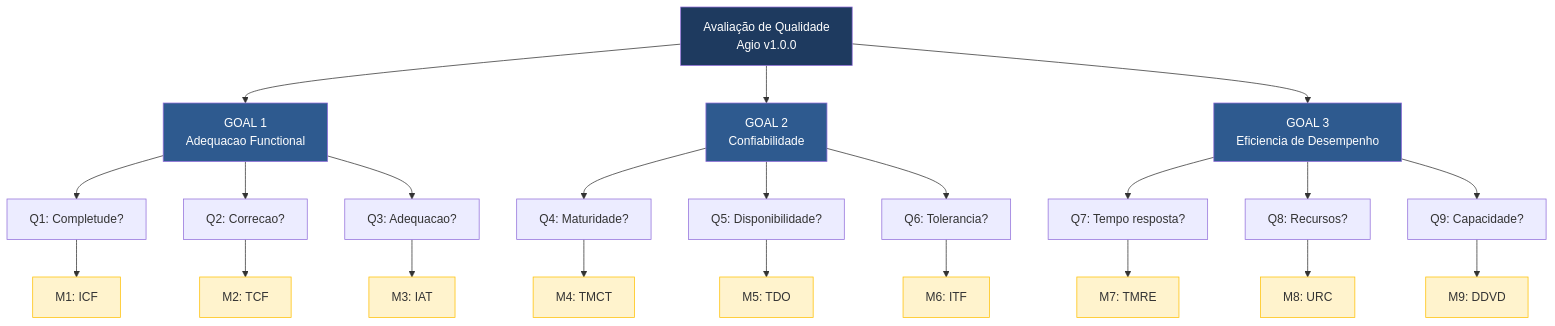
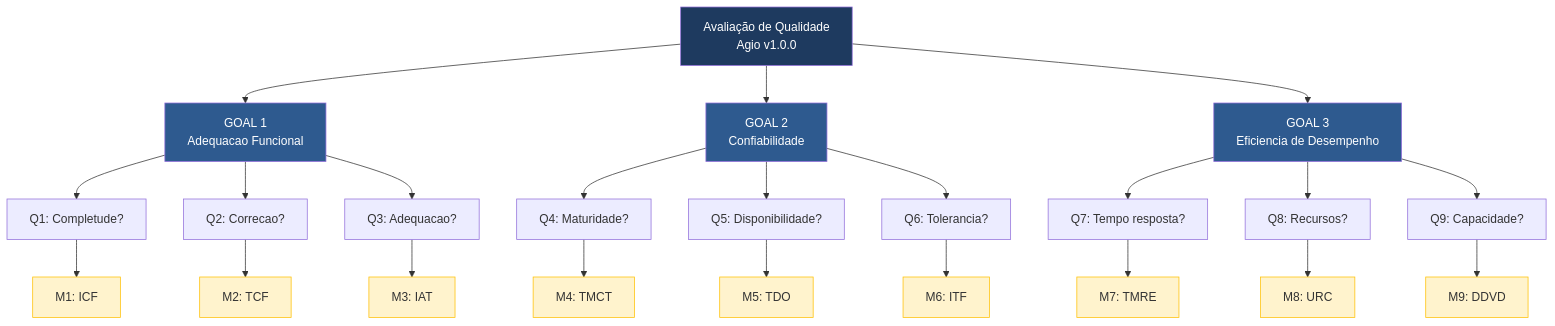
One commit to FCTE-Qualidade-de-Software-1/2026-1_T01_FRANS_BILAS changed the diagram in docs/fase2/resumo_metricas.md. Above: the diagram before and after it, drawn with Mermaid. The commit also changed other lines of this file, not shown here.

````diff
--- a/docs/fase2/resumo_metricas.md
+++ b/docs/fase2/resumo_metricas.md
@@ -21,43 +21,43 @@
 ```mermaid
 graph TD
     AGIO["Avaliação de Qualidade<br>Agio v1.0.0"]
 
-    AGIO --> G1["GOAL 1<br>Adequacao Functional"]
+    AGIO --> G1["GOAL 1<br>Adequacao Funcional"]
     AGIO --> G2["GOAL 2<br>Confiabilidade"]
     AGIO --> G3["GOAL 3<br>Eficiencia de Desempenho"]
 
     G1 --> Q1["Q1: Completude?"]
     G1 --> Q2["Q2: Correcao?"]
     G1 --> Q3["Q3: Adequacao?"]
     Q1 --> M1["M1: ICF"]
     Q2 --> M2["M2: TCF"]
     Q3 --> M3["M3: IAT"]
 
     G2 --> Q4["Q4: Maturidade?"]
     G2 --> Q5["Q5: Disponibilidade?"]
     G2 --> Q6["Q6: Tolerancia?"]
     Q4 --> M4["M4: TMCT"]
     Q5 --> M5["M5: TDO"]
     Q6 --> M6["M6: ITF"]
 
     G3 --> Q7["Q7: Tempo resposta?"]
     G3 --> Q8["Q8: Recursos?"]
     G3 --> Q9["Q9: Capacidade?"]
     Q7 --> M7["M7: TMRE"]
     Q8 --> M8["M8: URC"]
     Q9 --> M9["M9: DDVD"]
 
     style AGIO fill:#1E3A5F,color:#fff
     style G1 fill:#2E5A8F,color:#fff
     style G2 fill:#2E5A8F,color:#fff
     style G3 fill:#2E5A8F,color:#fff
     style M1 fill:#fff3cd,stroke:#ffc107
     style M2 fill:#fff3cd,stroke:#ffc107
     style M3 fill:#fff3cd,stroke:#ffc107
     style M4 fill:#fff3cd,stroke:#ffc107
     style M5 fill:#fff3cd,stroke:#ffc107
     style M6 fill:#fff3cd,stroke:#ffc107
     style M7 fill:#fff3cd,stroke:#ffc107
     style M8 fill:#fff3cd,stroke:#ffc107
     style M9 fill:#fff3cd,stroke:#ffc107
 ```
````
